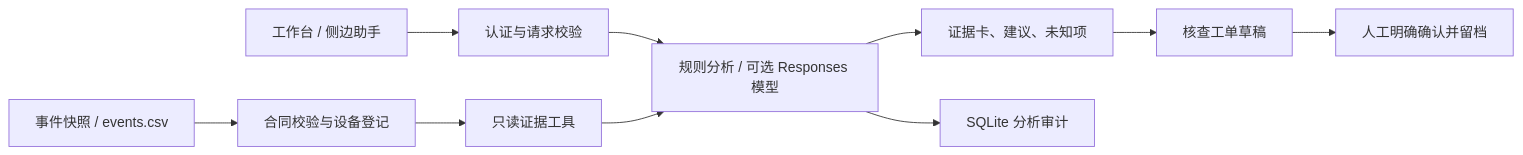
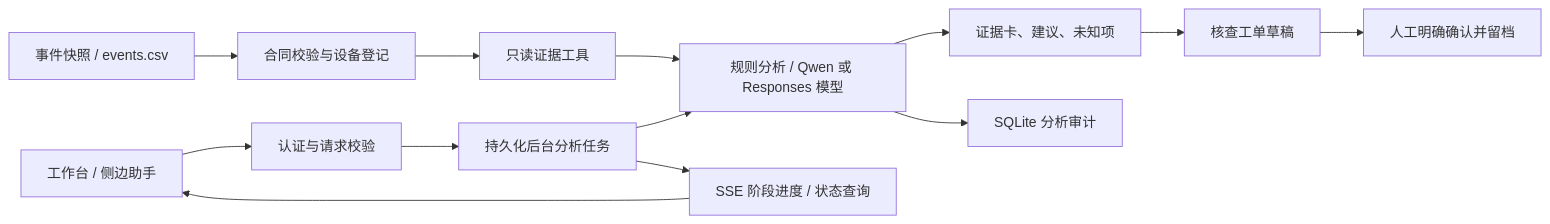
Before and after one commit to lheng2386-png/fumai-zhiwei: the diagram in docs/INDUSTRIAL_AGENT.md, drawn with Mermaid. The commit also changed other lines of this file and 8 other files, not shown here.

````diff
--- a/docs/INDUSTRIAL_AGENT.md
+++ b/docs/INDUSTRIAL_AGENT.md
@@ -15,12 +15,15 @@
 ```mermaid
 flowchart LR
   A[事件快照 / events.csv] --> B[合同校验与设备登记]
   B --> C[只读证据工具]
   U[工作台 / 侧边助手] --> D[认证与请求校验]
-  D --> E[规则分析 / 可选 Responses 模型]
+  D --> J[持久化后台分析任务]
+  J --> E[规则分析 / Qwen 或 Responses 模型]
+  J --> K[SSE 阶段进度 / 状态查询]
+  K --> U
   C --> E
   E --> F[证据卡、建议、未知项]
   E --> G[SQLite 分析审计]
   F --> H[核查工单草稿]
   H --> I[人工明确确认并留档]
 ```
````
